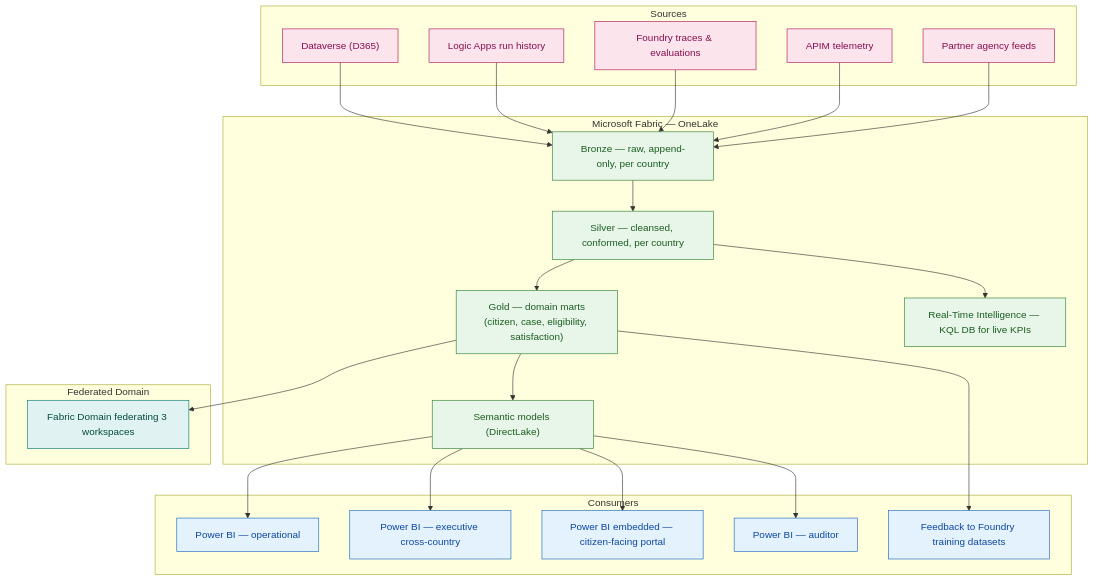
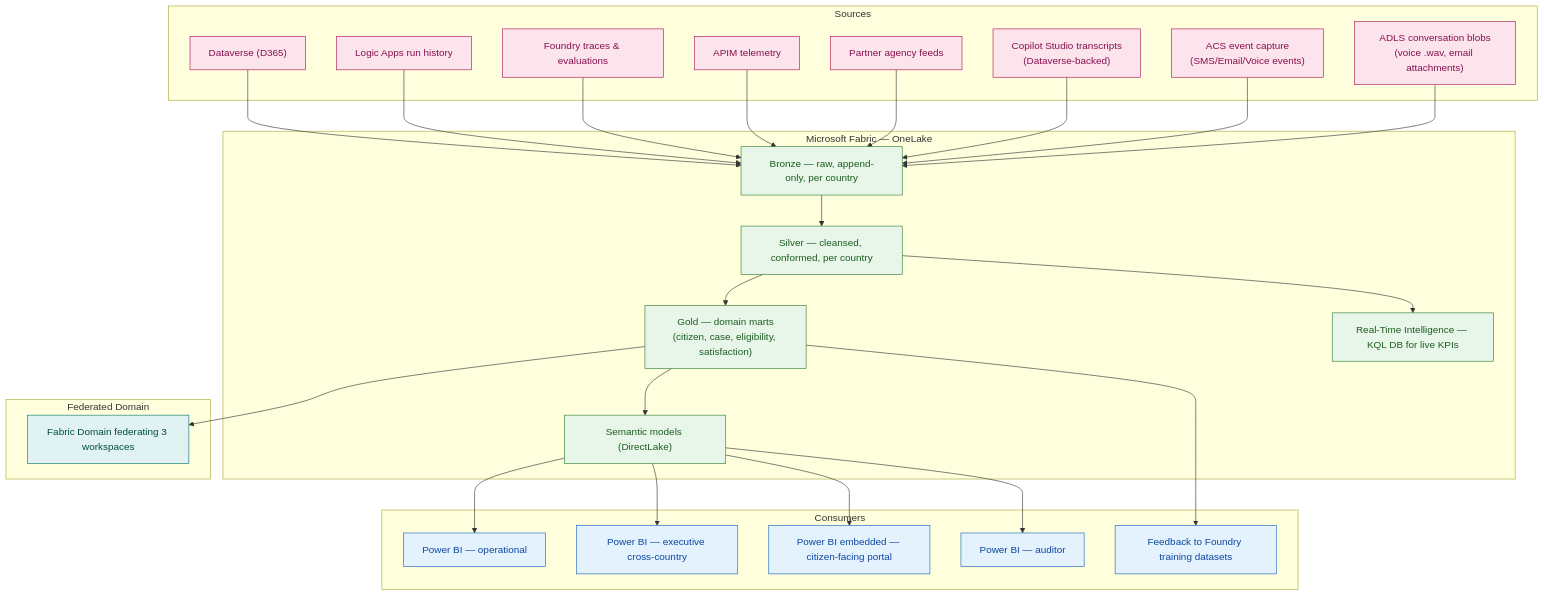
The seventh of 12 diagrams in docs/tech/architecture.md (fredgis/UDCSP), drawn with Mermaid before and after one commit. The commit also changed other lines of this file and 10 other files, not shown here.

````diff
--- a/docs/tech/architecture.md
+++ b/docs/tech/architecture.md
@@ -598,55 +605,61 @@
 ```mermaid
 graph TB
     subgraph SOURCES["Sources"]
         SRC_D365["Dataverse (D365)"]
         SRC_LA["Logic Apps run history"]
         SRC_AI["Foundry traces & evaluations"]
         SRC_APIM["APIM telemetry"]
         SRC_PARTNER["Partner agency feeds"]
+        SRC_CS["Copilot Studio transcripts<br/>(Dataverse-backed)"]
+        SRC_ACS["ACS event capture<br/>(SMS/Email/Voice events)"]
+        SRC_ADLS_CONV["ADLS conversation blobs<br/>(voice .wav, email attachments)"]
     end
 
     subgraph FABRIC["Microsoft Fabric — OneLake"]
         BRONZE["Bronze — raw, append-only, per country"]
         SILVER["Silver — cleansed, conformed, per country"]
         GOLD["Gold — domain marts<br/>(citizen, case, eligibility, satisfaction)"]
         RTI["Real-Time Intelligence — KQL DB for live KPIs"]
         SEMANTIC["Semantic models (DirectLake)"]
     end
 
     subgraph FED["Federated Domain"]
         DOMAIN["Fabric Domain federating 3 workspaces"]
     end
 
     subgraph CONS["Consumers"]
         PBI_OPS["Power BI — operational"]
         PBI_EXEC["Power BI — executive cross-country"]
         PBI_CIT["Power BI embedded — citizen-facing portal"]
         PBI_AUD["Power BI — auditor"]
         AI_FB["Feedback to Foundry training datasets"]
     end
 
     SRC_D365 --> BRONZE
     SRC_LA --> BRONZE
     SRC_AI --> BRONZE
     SRC_APIM --> BRONZE
     SRC_PARTNER --> BRONZE
+    SRC_CS --> BRONZE
+    SRC_ACS --> BRONZE
+    SRC_ADLS_CONV --> BRONZE
 
     BRONZE --> SILVER --> GOLD --> SEMANTIC
     SILVER --> RTI
     GOLD --> DOMAIN
     SEMANTIC --> PBI_OPS
     SEMANTIC --> PBI_EXEC
     SEMANTIC --> PBI_CIT
     SEMANTIC --> PBI_AUD
     GOLD --> AI_FB
 
     classDef src fill:#FCE4EC,stroke:#AD1457,color:#880E4F
     classDef fab fill:#E8F5E9,stroke:#2E7D32,color:#1B5E20
     classDef dom fill:#E0F2F1,stroke:#00796B,color:#004D40
     classDef cons fill:#E3F2FD,stroke:#1565C0,color:#0D47A1
 
-    class SRC_D365,SRC_LA,SRC_AI,SRC_APIM,SRC_PARTNER src
+    class SRC_D365,SRC_LA,SRC_AI,SRC_APIM,SRC_PARTNER,SRC_CS,SRC_ACS,SRC_ADLS_CONV src
     class BRONZE,SILVER,GOLD,RTI,SEMANTIC fab
     class DOMAIN dom
     class PBI_OPS,PBI_EXEC,PBI_CIT,PBI_AUD,AI_FB cons
 ```
````
